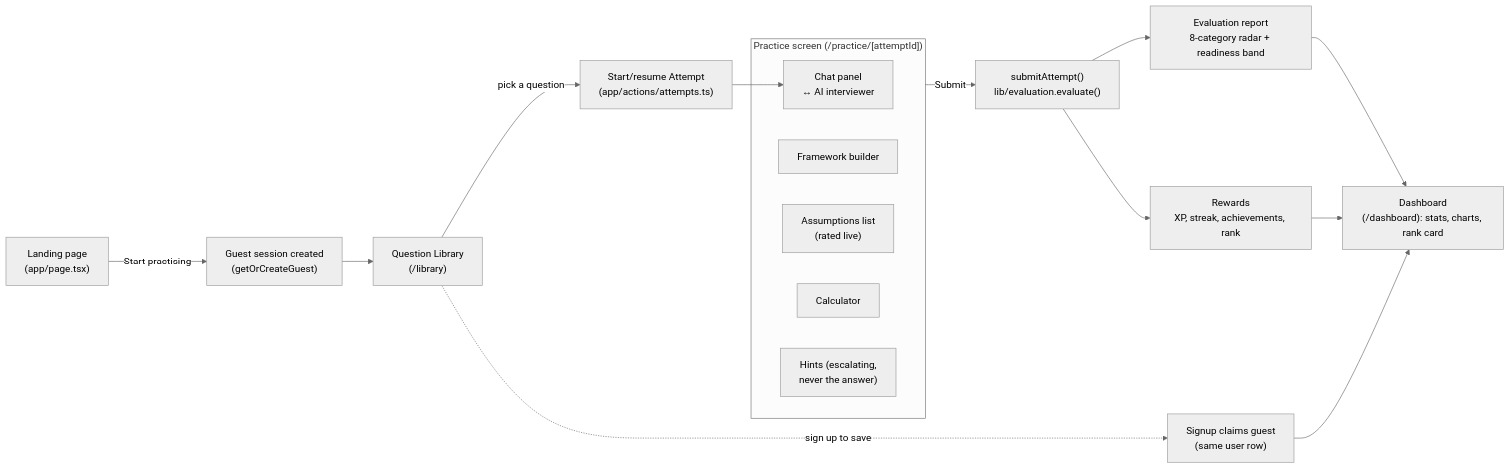
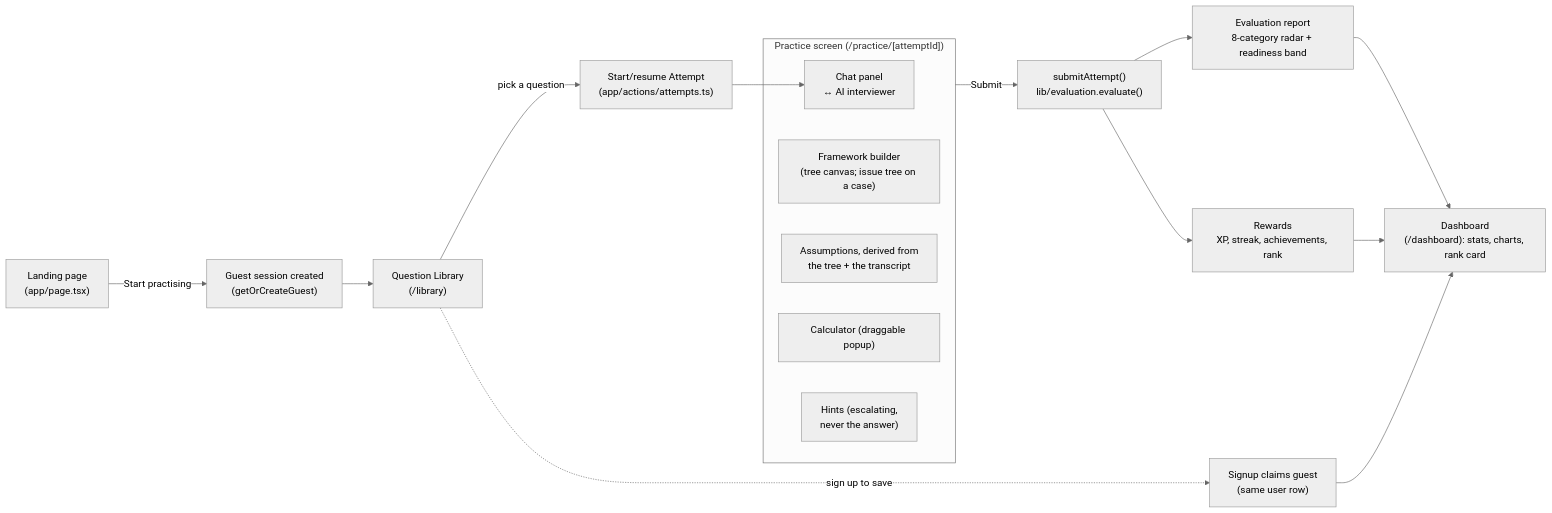
Before and after one commit to pr4t3ek/FAKEcases: the second of 7 diagrams in docs/ARCHITECTURE.md, drawn with Mermaid (neutral theme). The commit also changed other lines of this file and 35 other files, not shown here.

First line of the commit message:
Charge for the answer, keep the tree, and let a case be authored

````diff
--- a/docs/ARCHITECTURE.md
+++ b/docs/ARCHITECTURE.md
@@ -91,23 +92,23 @@
 ```mermaid
 flowchart LR
     A["Landing page\n(app/page.tsx)"] -->|"Start practising"| B["Guest session created\n(getOrCreateGuest)"]
     B --> C["Question Library\n(/library)"]
     C -->|"pick a question"| D["Start/resume Attempt\n(app/actions/attempts.ts)"]
     D --> E1
 
     subgraph Practice["Practice screen (/practice/[attemptId])"]
         E1["Chat panel\n↔ AI interviewer"]
-        E2["Framework builder"]
-        E3["Assumptions list\n(rated live)"]
-        E4["Calculator"]
+        E2["Framework builder\n(tree canvas; issue tree on a case)"]
+        E3["Assumptions, derived from\nthe tree + the transcript"]
+        E4["Calculator (draggable popup)"]
         E5["Hints (escalating,\nnever the answer)"]
     end
 
     Practice -->|"Submit"| F["submitAttempt()\nlib/evaluation.evaluate()"]
     F --> G["Evaluation report\n8-category radar + readiness band"]
     F --> H["Rewards\nXP, streak, achievements, rank"]
     G --> I["Dashboard\n(/dashboard): stats, charts, rank card"]
     H --> I
     C -.->|"sign up to save"| J["Signup claims guest\n(same user row)"]
     J --> I
 ```
````
